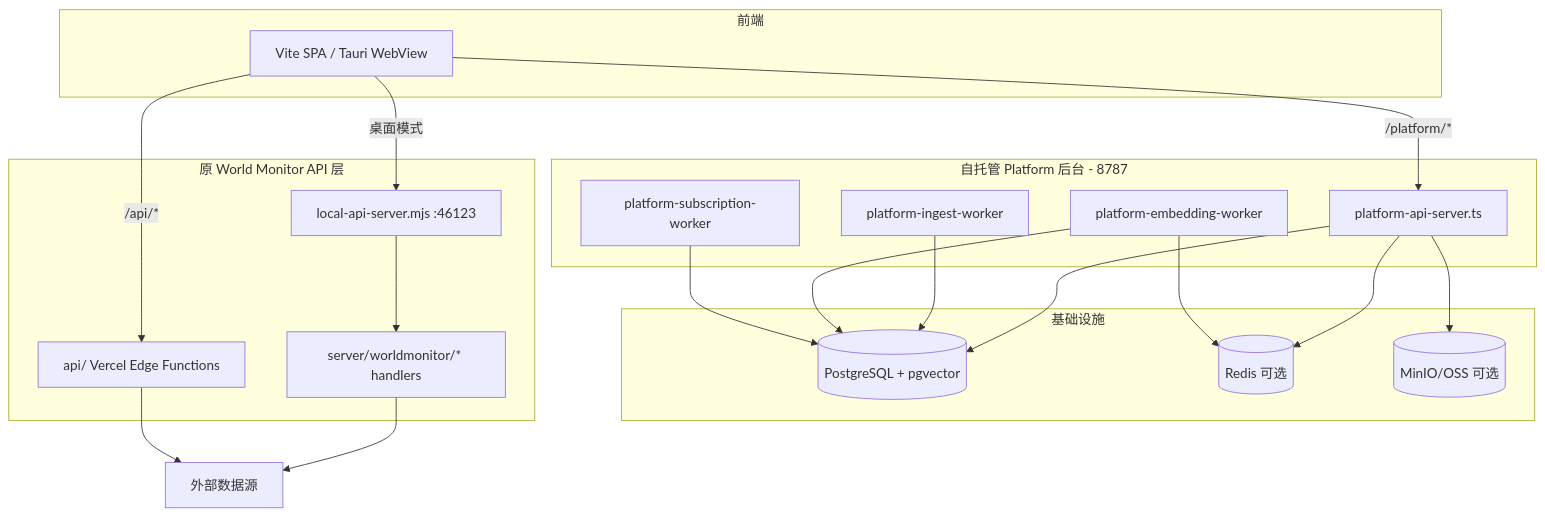
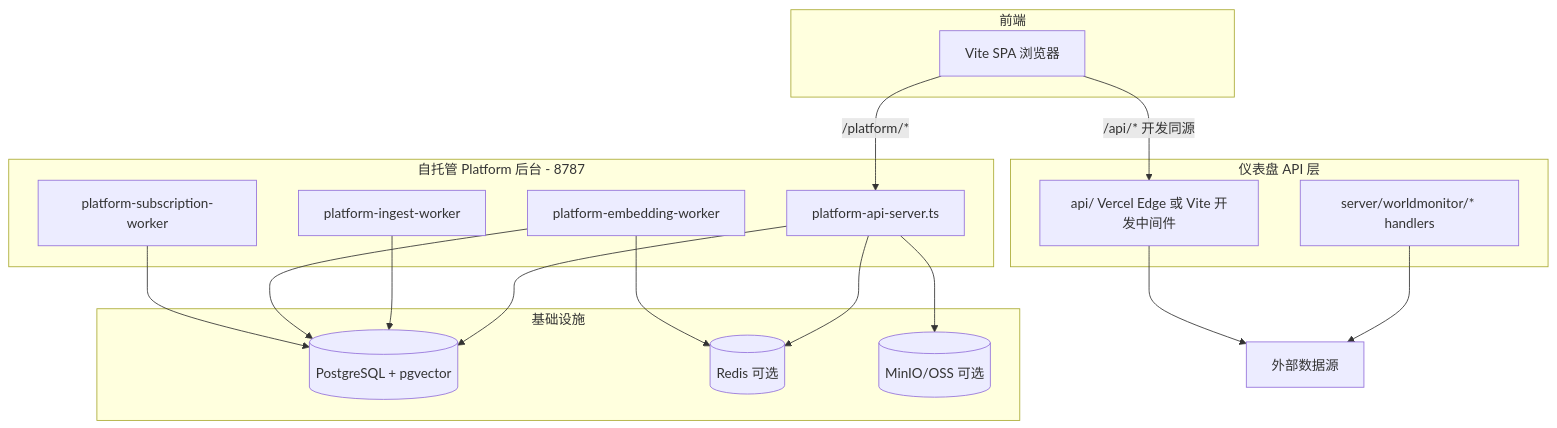
The first of 3 diagrams in docs/Platform后台启动与运行设计.md (13560440305/hxxworldmonitor), drawn with Mermaid before and after one commit. The commit also changed other lines of this file and 197 other files, not shown here.

Commit message:
整理归纳文档，删除桌面相关代码，改成只支持b/s模式版本，增加部分企业知识图谱

````diff
--- a/docs/Platform后台启动与运行设计.md
+++ b/docs/Platform后台启动与运行设计.md
@@ -12,41 +13,38 @@
 ```mermaid
 flowchart TB
   subgraph frontend [前端]
-    SPA[Vite SPA / Tauri WebView]
+    SPA[Vite SPA 浏览器]
   end
 
   subgraph platform [自托管 Platform 后台 - 8787]
     API[platform-api-server.ts]
     ING[platform-ingest-worker]
     EMB[platform-embedding-worker]
     SUB[platform-subscription-worker]
   end
 
   subgraph infra [基础设施]
     PG[(PostgreSQL + pgvector)]
     REDIS[(Redis 可选)]
     OSS[(MinIO/OSS 可选)]
   end
 
-  subgraph legacy [原 World Monitor API 层]
-    Vercel[api/ Vercel Edge Functions]
-    Sidecar[local-api-server.mjs :46123]
+  subgraph legacy [仪表盘 API 层]
+    Vercel[api/ Vercel Edge 或 Vite 开发中间件]
     Sebuf[server/worldmonitor/* handlers]
   end
 
   SPA -->|/platform/*| API
-  SPA -->|/api/*| Vercel
-  SPA -->|桌面模式| Sidecar
+  SPA -->|/api/* 开发同源| Vercel
 
   API --> PG
   API --> REDIS
   API --> OSS
   ING --> PG
   EMB --> PG
   EMB --> REDIS
   SUB --> PG
 
-  Sidecar --> Sebuf
   Sebuf --> 外部数据源
   Vercel --> 外部数据源
 ```
````
